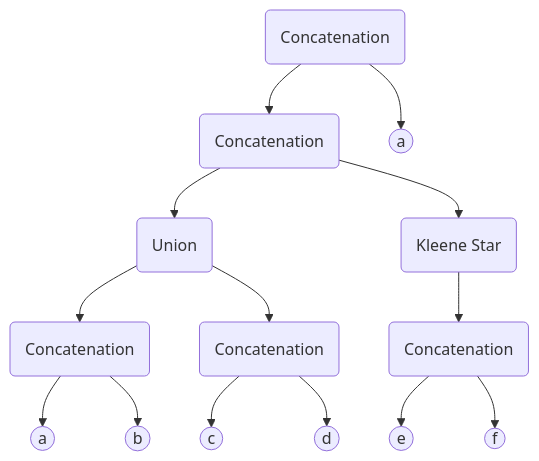
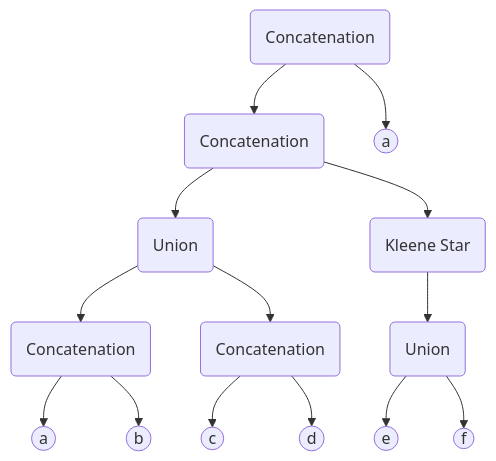
The first of 4 diagrams in README.md (SashoVas/Finite-State-Automatons-Tool), drawn with Mermaid before and after one commit.

````diff
--- a/README.md
+++ b/README.md
@@ -18,10 +18,10 @@
 ```mermaid
   flowchart TB
     A(Concatenation) --> A1((a)) & B1((b))
     C(Union)--> A & D;
     D(Concatenation) --> C1((c)) & D1((d))
     E(Concatenation) --> C & G
-    F(Concatenation) --> E1((e)) & F1((f))
+    F(Union) --> E1((e)) & F1((f))
     G(Kleene Star)-->F
     H(Concatenation)-->E & A2((a))
 ```
````
